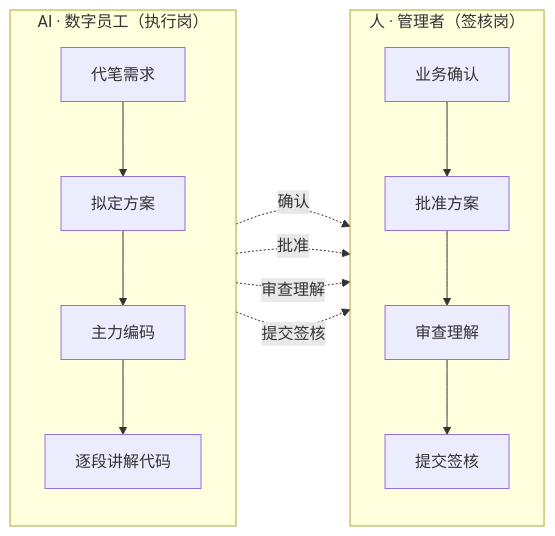
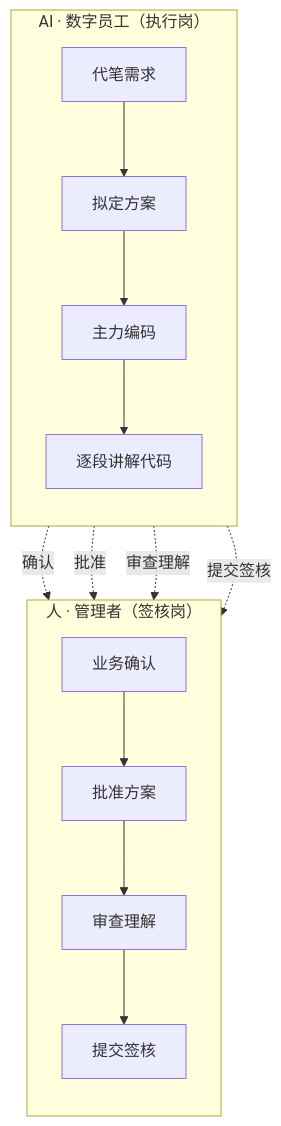
Before and after one commit to wonglaitung/splan: diagram 13 of 18 in 5. 银行智能体开发框架技术说明书.md, drawn with Mermaid. The commit also changed 7 other files, not shown here.

First line of the commit message:
style: 同级(兄弟)节点统一横排——含分叉/汇合的 LR 图转 TB

````diff
--- a/5. 银行智能体开发框架技术说明书.md
+++ b/5. 银行智能体开发框架技术说明书.md
@@ -965,23 +965,23 @@
 ```mermaid
-flowchart LR
+flowchart TB
     subgraph AI["AI · 数字员工（执行岗）"]
         direction TB
         A1["代笔需求"]
         A2["拟定方案"]
         A3["主力编码"]
         A4["逐段讲解代码"]
         A1 --> A2 --> A3 --> A4
     end
     subgraph HUMAN["人 · 管理者（签核岗）"]
         direction TB
         H1["业务确认"]
         H2["批准方案"]
         H3["审查理解"]
         H4["提交签核"]
         H1 --> H2 --> H3 --> H4
     end
     A1 -.->|"确认"| H1
     A2 -.->|"批准"| H2
     A3 -.->|"审查理解"| H3
     A4 -.->|"提交签核"| H4
 ```
````
